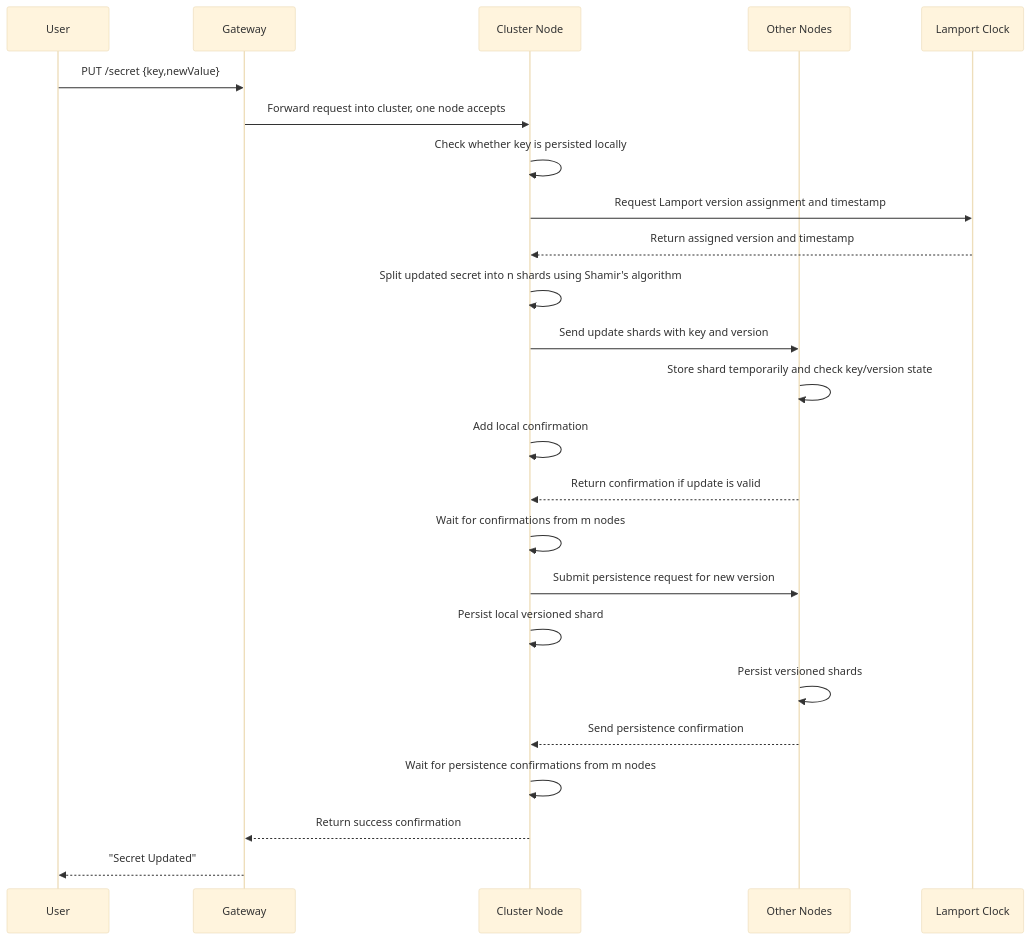
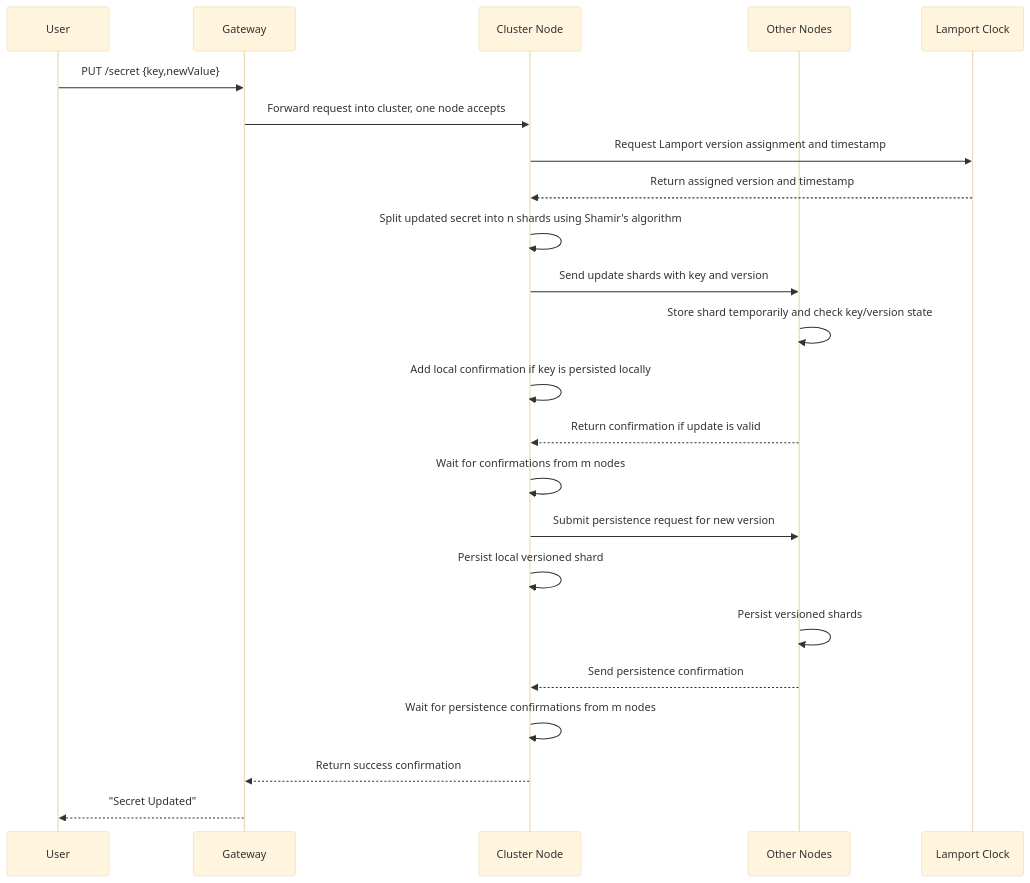
The first of 2 diagrams in docs/crud/update.md (S26-Distributed-Capstone/DistributedSecretsVault), drawn with Mermaid (base theme) before and after one commit. The commit also changed other lines of this file, not shown here.

````diff
--- a/docs/crud/update.md
+++ b/docs/crud/update.md
@@ -31,27 +29,26 @@
 ```mermaid
 sequenceDiagram
     participant User
     participant Gateway
     participant Node as Cluster Node
     participant Peers as Other Nodes
     participant Clock as Lamport Clock
 
     User->>Gateway: PUT /secret {key,newValue}
     Gateway->>Node: Forward request into cluster, one node accepts
-    Node->>Node: Check whether key is persisted locally
     Node->>Clock: Request Lamport version assignment and timestamp
     Clock-->>Node: Return assigned version and timestamp
     Node->>Node: Split updated secret into n shards using Shamir's algorithm
     Node->>Peers: Send update shards with key and version
     Peers->>Peers: Store shard temporarily and check key/version state
-    Node->>Node: Add local confirmation
+    Node->>Node: Add local confirmation if key is persisted locally
     Peers-->>Node: Return confirmation if update is valid
     Node->>Node: Wait for confirmations from m nodes
     Node->>Peers: Submit persistence request for new version
     Node->>Node: Persist local versioned shard
     Peers->>Peers: Persist versioned shards
     Peers-->>Node: Send persistence confirmation
     Node->>Node: Wait for persistence confirmations from m nodes
     Node-->>Gateway: Return success confirmation
     Gateway-->>User: "Secret Updated"
 ```
````
